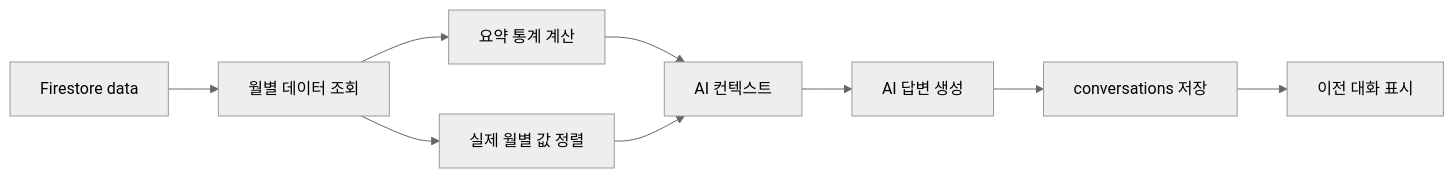
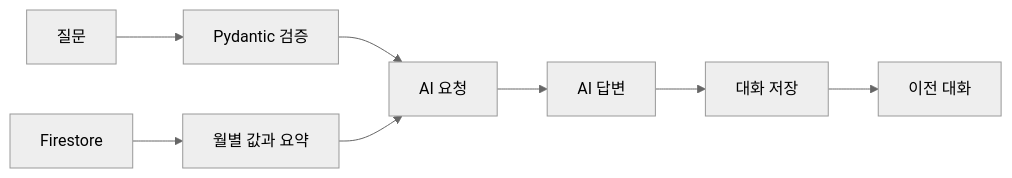
Before and after one commit to bamiro00/codyssey-save: the diagram in M1-2/README.md, drawn with Mermaid (neutral theme). The commit also changed other lines of this file and 4 other files, not shown here.

````diff
--- a/M1-2/README.md
+++ b/M1-2/README.md
@@ -350,11 +218,10 @@
 ```mermaid
 flowchart LR
-  A[Firestore data] --> B[월별 데이터 조회]
-  B --> C[요약 통계 계산]
-  B --> D[실제 월별 값 정렬]
-  C --> E[AI 컨텍스트]
+  A[질문] --> B[Pydantic 검증]
+  C[Firestore] --> D[월별 값과 요약]
+  B --> E[AI 요청]
   D --> E
-  E --> F[AI 답변 생성]
-  F --> G[conversations 저장]
-  G --> H[이전 대화 표시]
+  E --> F[AI 답변]
+  F --> G[대화 저장]
+  G --> H[이전 대화]
 ```
````
